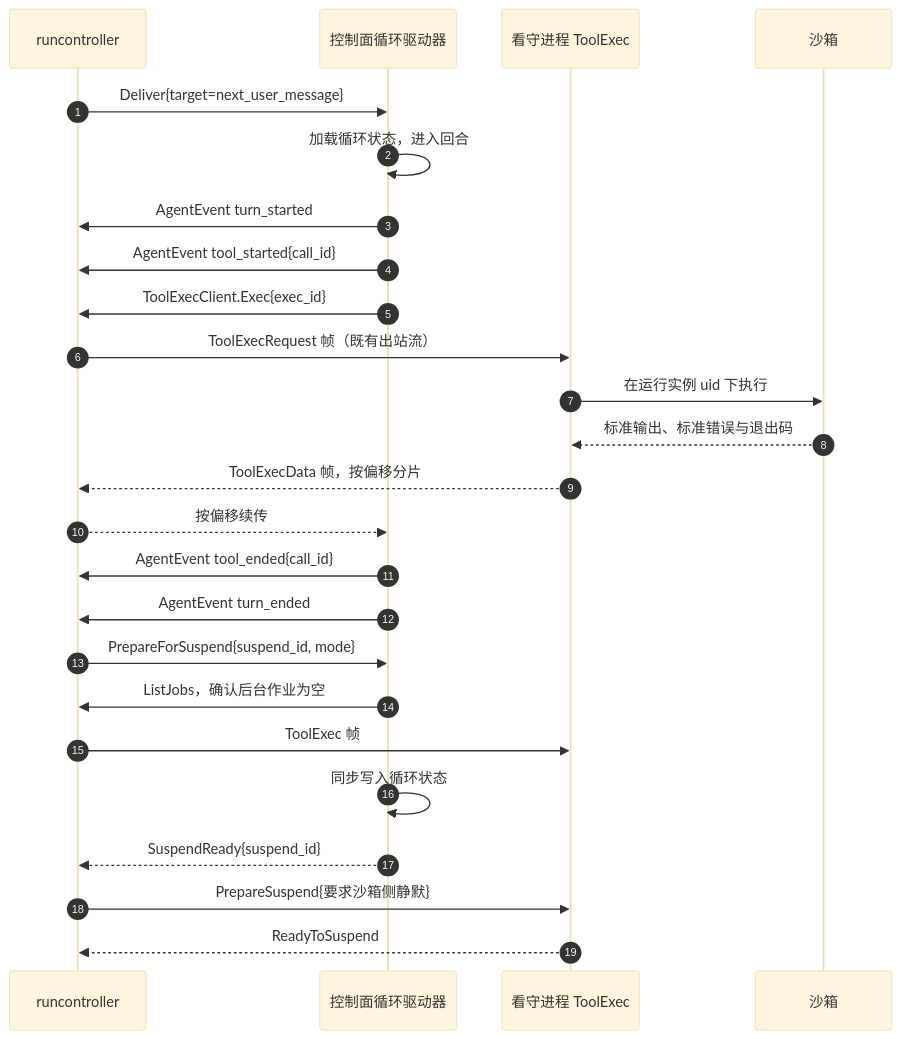
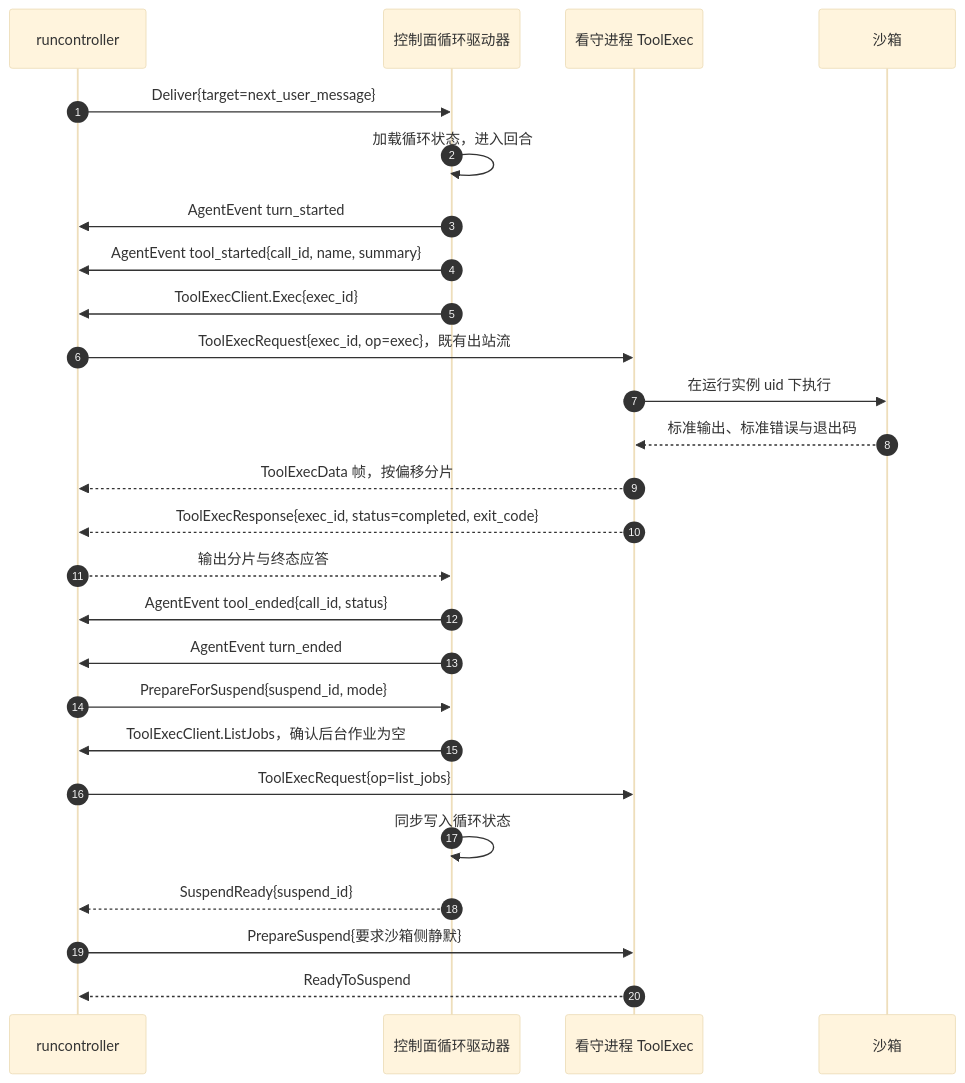
Before and after one commit to wangzw/castworks: the second of 2 diagrams in docs/design/modules/warden/design-warden-driver-native.md, drawn with Mermaid (base theme). The commit also changed other lines of this file and 35 other files, not shown here.

````diff
--- a/docs/design/modules/warden/design-warden-driver-native.md
+++ b/docs/design/modules/warden/design-warden-driver-native.md
@@ -241,27 +247,28 @@
 ```mermaid
 sequenceDiagram
     autonumber
     participant R as runcontroller
     participant D as 控制面循环驱动器
     participant W as 看守进程 ToolExec
     participant S as 沙箱
     R->>D: Deliver{target=next_user_message}
     D->>D: 加载循环状态，进入回合
     D->>R: AgentEvent turn_started
-    D->>R: AgentEvent tool_started{call_id}
+    D->>R: AgentEvent tool_started{call_id, name, summary}
     D->>R: ToolExecClient.Exec{exec_id}
-    R->>W: ToolExecRequest 帧（既有出站流）
+    R->>W: ToolExecRequest{exec_id, op=exec}，既有出站流
     W->>S: 在运行实例 uid 下执行
     S-->>W: 标准输出、标准错误与退出码
     W-->>R: ToolExecData 帧，按偏移分片
-    R-->>D: 按偏移续传
-    D->>R: AgentEvent tool_ended{call_id}
+    W-->>R: ToolExecResponse{exec_id, status=completed, exit_code}
+    R-->>D: 输出分片与终态应答
+    D->>R: AgentEvent tool_ended{call_id, status}
     D->>R: AgentEvent turn_ended
     R->>D: PrepareForSuspend{suspend_id, mode}
-    D->>R: ListJobs，确认后台作业为空
-    R->>W: ToolExec 帧
+    D->>R: ToolExecClient.ListJobs，确认后台作业为空
+    R->>W: ToolExecRequest{op=list_jobs}
     D->>D: 同步写入循环状态
     D-->>R: SuspendReady{suspend_id}
     R->>W: PrepareSuspend{要求沙箱侧静默}
     W-->>R: ReadyToSuspend
 ```
````
